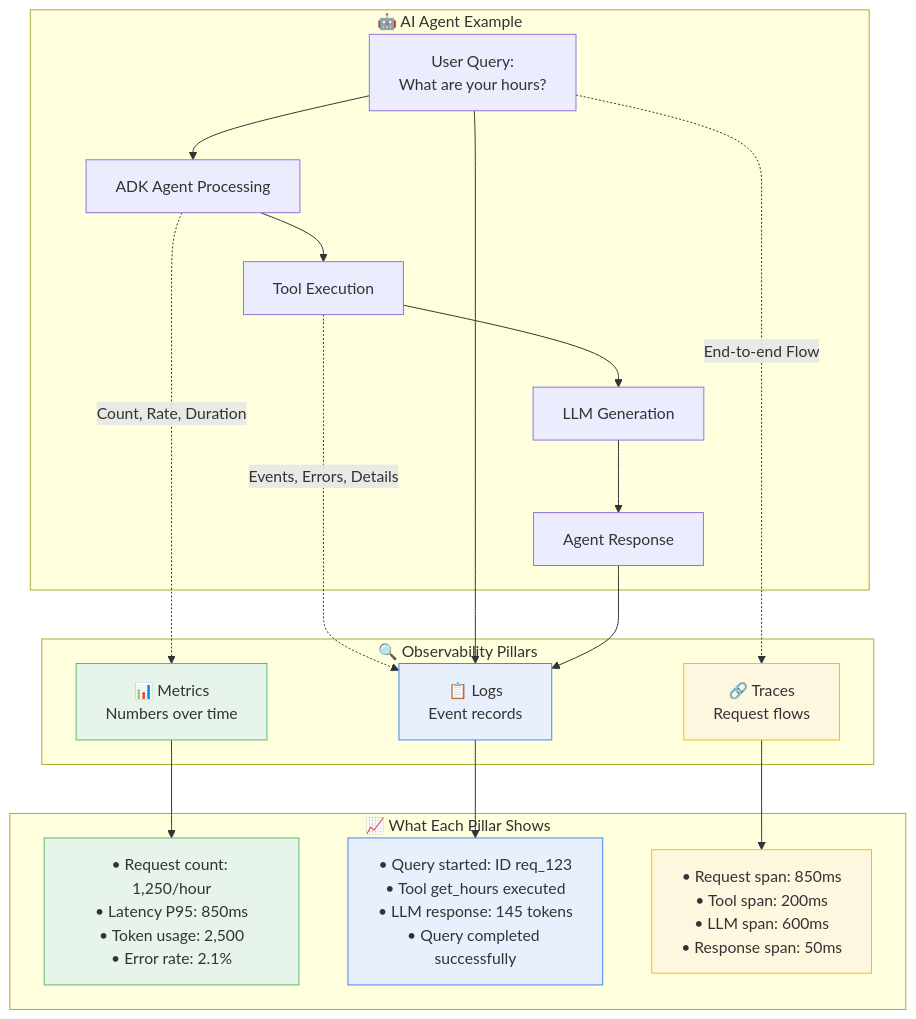
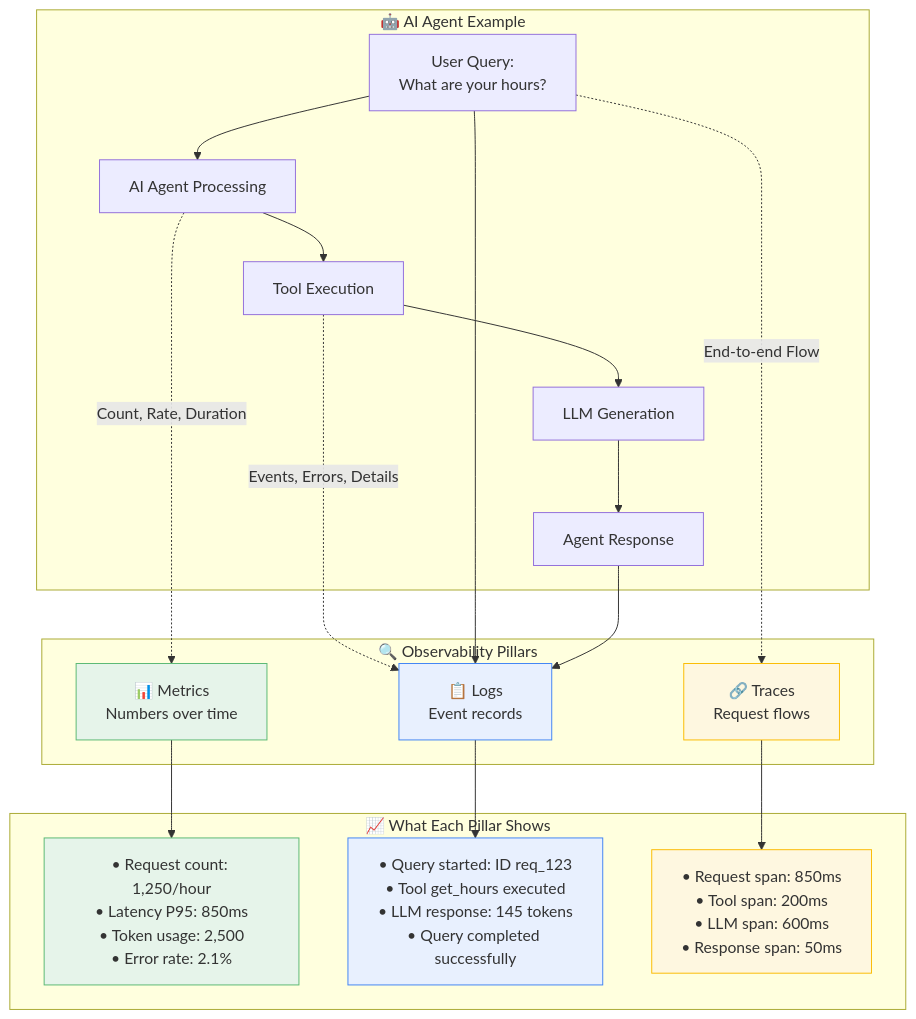
Before and after one commit to raphaelmansuy/tutorials: the first of 4 diagrams in 31_observability_llm_adk_vertex.md, drawn with Mermaid. The commit also changed other lines of this file, not shown here.

Commit message:
Update observability tutorial to clarify SDK usage and model availability. Replace deprecated references, enhance agent terminology, and improve content accuracy for Gemini models.

````diff
--- a/31_observability_llm_adk_vertex.md
+++ b/31_observability_llm_adk_vertex.md
@@ -273,46 +275,46 @@
 ```mermaid
 flowchart TB
     subgraph "🔍 Observability Pillars"
         METRICS[📊 Metrics<br/>Numbers over time]
         LOGS[📋 Logs<br/>Event records]
         TRACES[🔗 Traces<br/>Request flows]
     end
 
     subgraph "🤖 AI Agent Example"
         REQUEST[User Query:<br/>What are your hours?]
-        AGENT[ADK Agent Processing]
+        AGENT[AI Agent Processing]
         TOOLS[Tool Execution]
         LLM[LLM Generation]
         RESPONSE[Agent Response]
     end
 
     subgraph "📈 What Each Pillar Shows"
         M_DATA[• Request count: 1,250/hour<br/>• Latency P95: 850ms<br/>• Token usage: 2,500<br/>• Error rate: 2.1%]
         L_DATA[• Query started: ID req_123<br/>• Tool get_hours executed<br/>• LLM response: 145 tokens<br/>• Query completed successfully]
         T_DATA[• Request span: 850ms<br/>• Tool span: 200ms<br/>• LLM span: 600ms<br/>• Response span: 50ms]
     end
 
     REQUEST --> AGENT
     AGENT --> TOOLS
     TOOLS --> LLM
     LLM --> RESPONSE
 
     AGENT -.->|Count, Rate, Duration| METRICS
     TOOLS -.->|Events, Errors, Details| LOGS
     REQUEST -.->|End-to-end Flow| TRACES
 
     METRICS --> M_DATA
     LOGS --> L_DATA
     TRACES --> T_DATA
 
     REQUEST --> LOGS
     RESPONSE --> LOGS
 
 
     style METRICS fill:#e6f4ea,stroke:#5bb974
     style LOGS fill:#e8f0fe,stroke:#4285f4
     style TRACES fill:#fef7e0,stroke:#fbbc04
     style M_DATA fill:#e6f4ea,stroke:#5bb974
     style L_DATA fill:#e8f0fe,stroke:#4285f4
     style T_DATA fill:#fef7e0,stroke:#fbbc04
 ```
````
